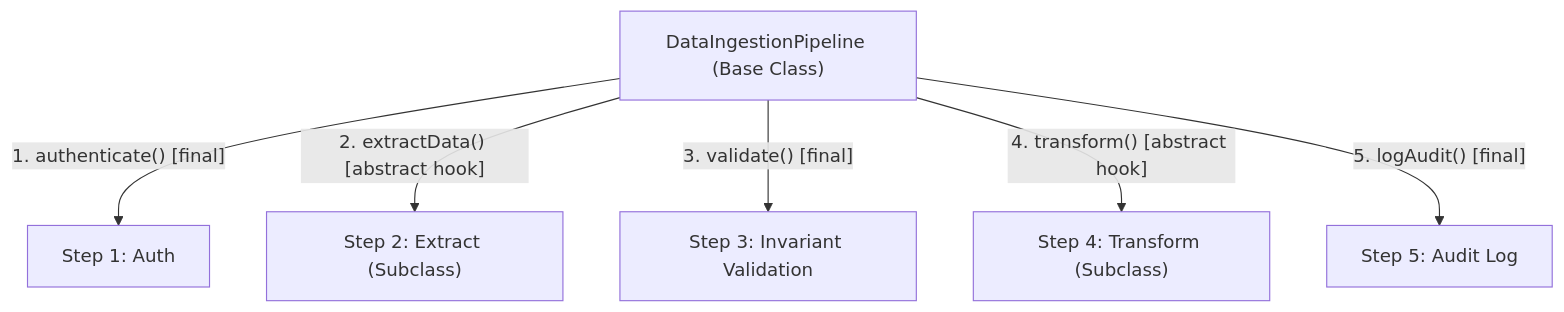
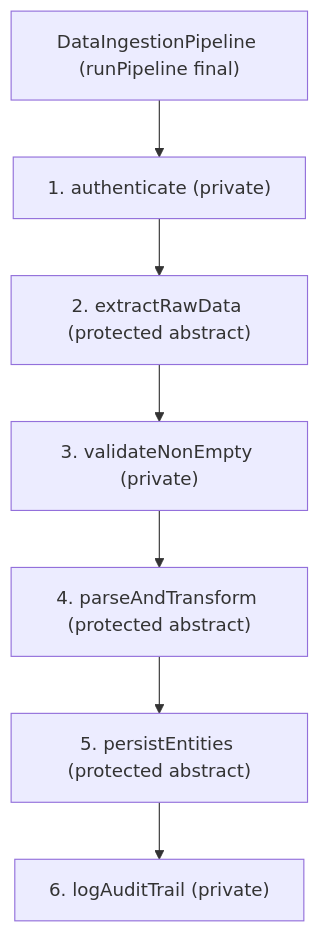
Before and after one commit to ravishankar2463/java_hub: the fifth of 5 diagrams in content/roadmap/level-6/behavioral-patterns.md, drawn with Mermaid. The commit also changed other lines of this file and 119 other files, not shown here.

Commit message:
feat: add comprehensive java learning roadmap content across multiple levels

````diff
--- a/content/roadmap/level-6/behavioral-patterns.md
+++ b/content/roadmap/level-6/behavioral-patterns.md
@@ -404,9 +481,10 @@
 ```mermaid
 flowchart TD
-    Base["DataIngestionPipeline (Base Class)"]
-    Base -->|"1. authenticate() [final]"| S1["Step 1: Auth"]
-    Base -->|"2. extractData() [abstract hook]"| S2["Step 2: Extract (Subclass)"]
-    Base -->|"3. validate() [final]"| S3["Step 3: Invariant Validation"]
-    Base -->|"4. transform() [abstract hook]"| S4["Step 4: Transform (Subclass)"]
-    Base -->|"5. logAudit() [final]"| S5["Step 5: Audit Log"]
+    Base["DataIngestionPipeline (runPipeline final)"]
+    Base --> S1["1. authenticate (private)"]
+    S1 --> S2["2. extractRawData (protected abstract)"]
+    S2 --> S3["3. validateNonEmpty (private)"]
+    S3 --> S4["4. parseAndTransform (protected abstract)"]
+    S4 --> S5["5. persistEntities (protected abstract)"]
+    S5 --> S6["6. logAuditTrail (private)"]
 ```
````
